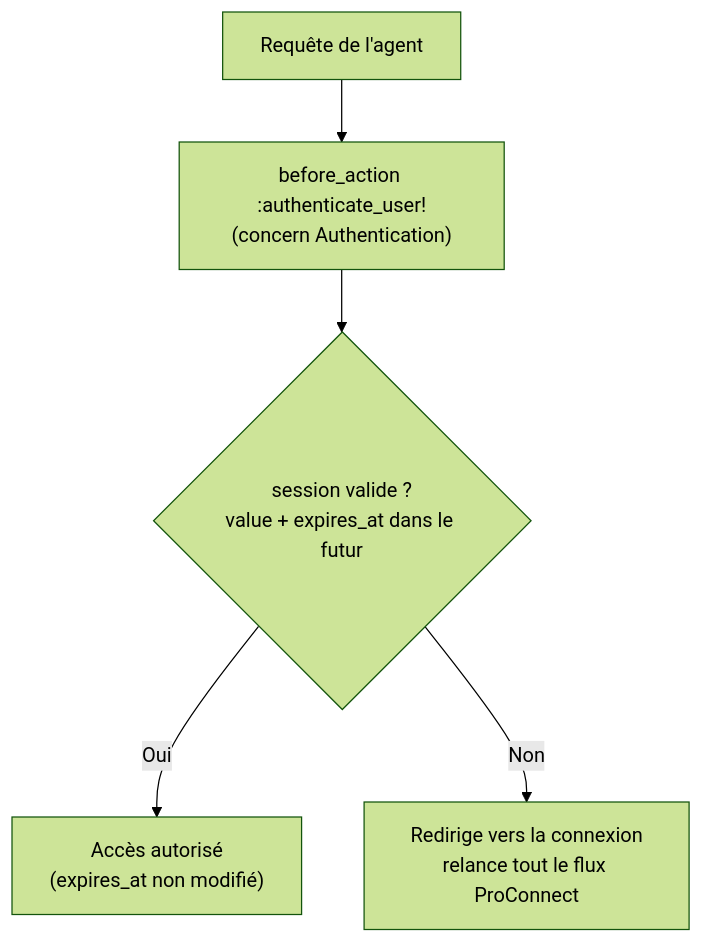
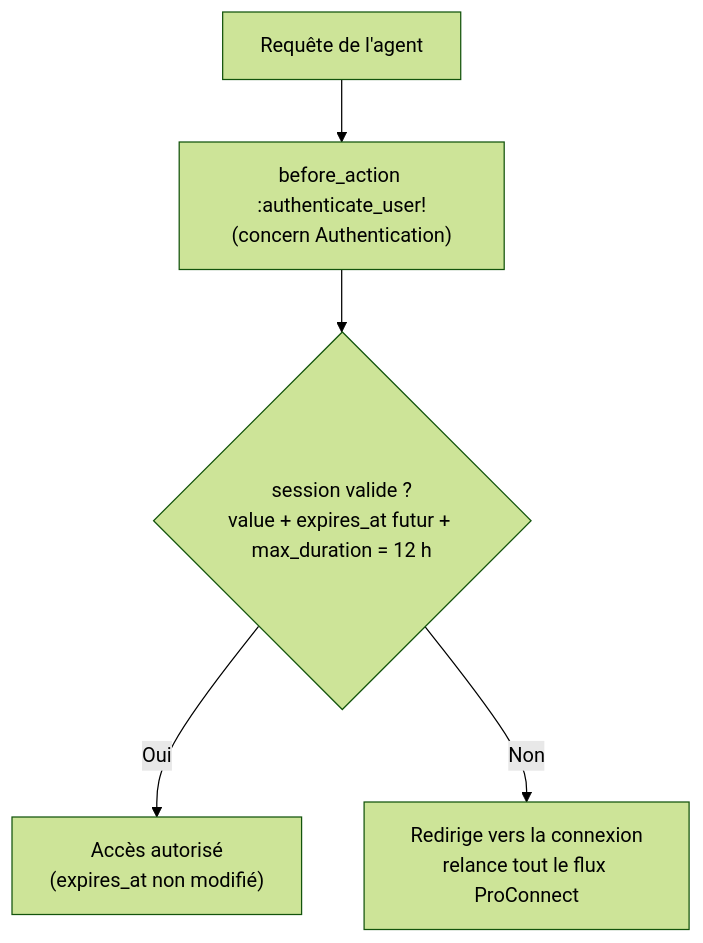
The fourth of 5 diagrams in docs/technique/authentification_proconnect.md (etalab/data_pass), drawn with Mermaid (forest theme) before and after one commit. The commit also changed other lines of this file, not shown here.

First line of the commit message:
Aligner la doc auth sur le marqueur max_duration

````diff
--- a/docs/technique/authentification_proconnect.md
+++ b/docs/technique/authentification_proconnect.md
@@ -151,7 +152,7 @@
 ```mermaid
 flowchart TD
     A["Requête de l'agent"] --> B["before_action :authenticate_user!<br/>(concern Authentication)"]
-    B --> C{"session valide ?<br/>value + expires_at dans le futur"}
+    B --> C{"session valide ?<br/>value + expires_at futur + max_duration = 12 h"}
     C -- Oui --> D["Accès autorisé<br/>(expires_at non modifié)"]
     C -- Non --> E["Redirige vers la connexion<br/>relance tout le flux ProConnect"]
 ```
````
